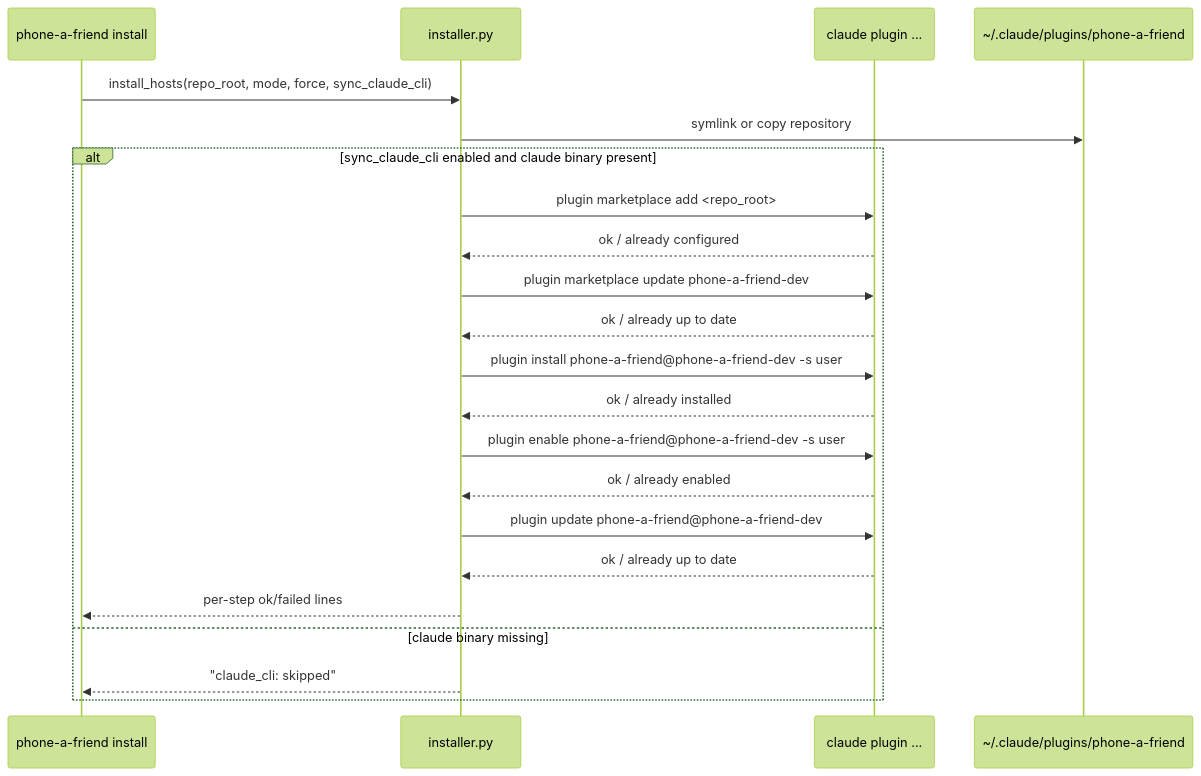
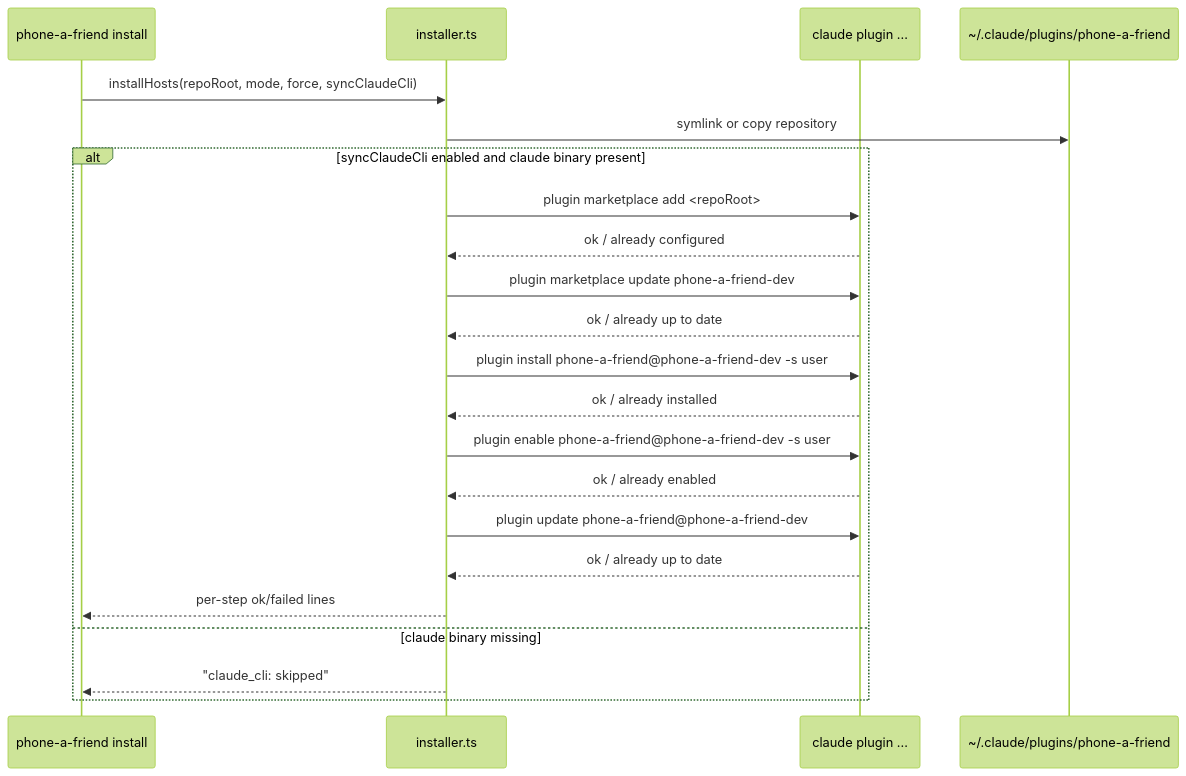
Before and after one commit to freibergergarcia/phone-a-friend: the second of 4 diagrams in architecture/04-installer-plugin.md, drawn with Mermaid (forest theme). The commit also changed other lines of this file and 81 other files, not shown here.

````diff
--- a/architecture/04-installer-plugin.md
+++ b/architecture/04-installer-plugin.md
@@ -34,26 +34,26 @@
 ```mermaid
 sequenceDiagram
   participant CLI as phone-a-friend install
-  participant Installer as installer.py
+  participant Installer as installer.ts
   participant ClaudeCLI as claude plugin ...
   participant PluginDir as ~/.claude/plugins/phone-a-friend
 
-  CLI->>Installer: install_hosts(repo_root, mode, force, sync_claude_cli)
+  CLI->>Installer: installHosts(repoRoot, mode, force, syncClaudeCli)
   Installer->>PluginDir: symlink or copy repository
 
-  alt sync_claude_cli enabled and claude binary present
-    Installer->>ClaudeCLI: plugin marketplace add <repo_root>
+  alt syncClaudeCli enabled and claude binary present
+    Installer->>ClaudeCLI: plugin marketplace add <repoRoot>
     ClaudeCLI-->>Installer: ok / already configured
     Installer->>ClaudeCLI: plugin marketplace update phone-a-friend-dev
     ClaudeCLI-->>Installer: ok / already up to date
     Installer->>ClaudeCLI: plugin install phone-a-friend@phone-a-friend-dev -s user
     ClaudeCLI-->>Installer: ok / already installed
     Installer->>ClaudeCLI: plugin enable phone-a-friend@phone-a-friend-dev -s user
     ClaudeCLI-->>Installer: ok / already enabled
     Installer->>ClaudeCLI: plugin update phone-a-friend@phone-a-friend-dev
     ClaudeCLI-->>Installer: ok / already up to date
     Installer-->>CLI: per-step ok/failed lines
   else claude binary missing
     Installer-->>CLI: "claude_cli: skipped"
   end
 ```
````
